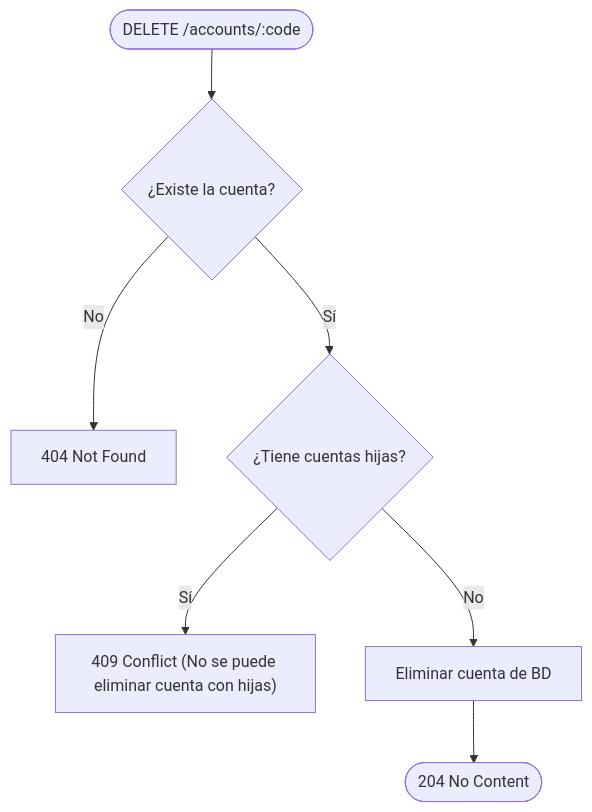
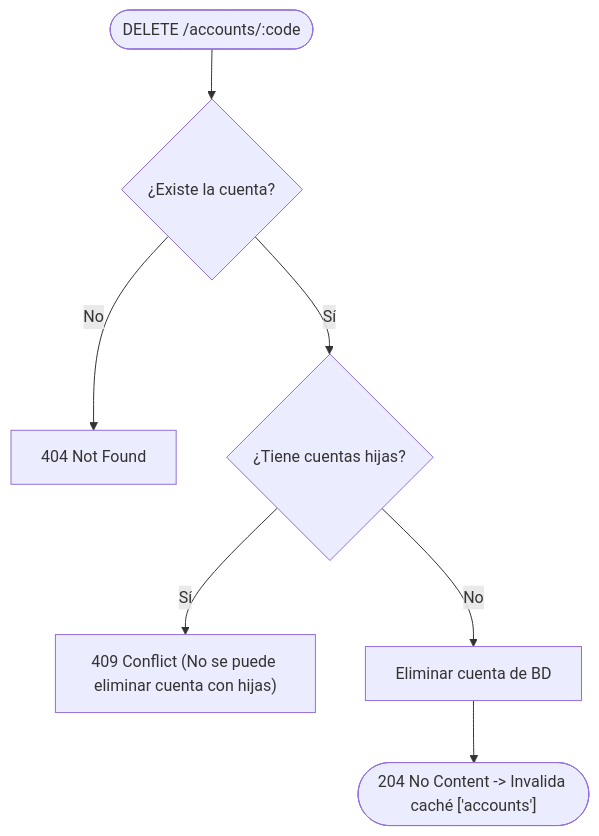
Before and after one commit to Lokcis/tech-assessment-starter-fullstack: the fifth of 6 diagrams in docs/arquitectura.md, drawn with Mermaid. The commit also changed other lines of this file and 3 other files, not shown here.

````diff
--- a/docs/arquitectura.md
+++ b/docs/arquitectura.md
@@ -209,9 +224,9 @@
 ```mermaid
 flowchart TD
     Start(["DELETE /accounts/:code"]) --> Exists{"¿Existe la cuenta?"}
     Exists -- No --> Err404["404 Not Found"]
     Exists -- Sí --> HasKids{"¿Tiene cuentas hijas?"}
     HasKids -- Sí --> Err409["409 Conflict (No se puede eliminar cuenta con hijas)"]
     HasKids -- No --> Del["Eliminar cuenta de BD"]
-    Del --> Ok204(["204 No Content"])
+    Del --> Ok204(["204 No Content -> Invalida caché ['accounts']"])
 ```
````
